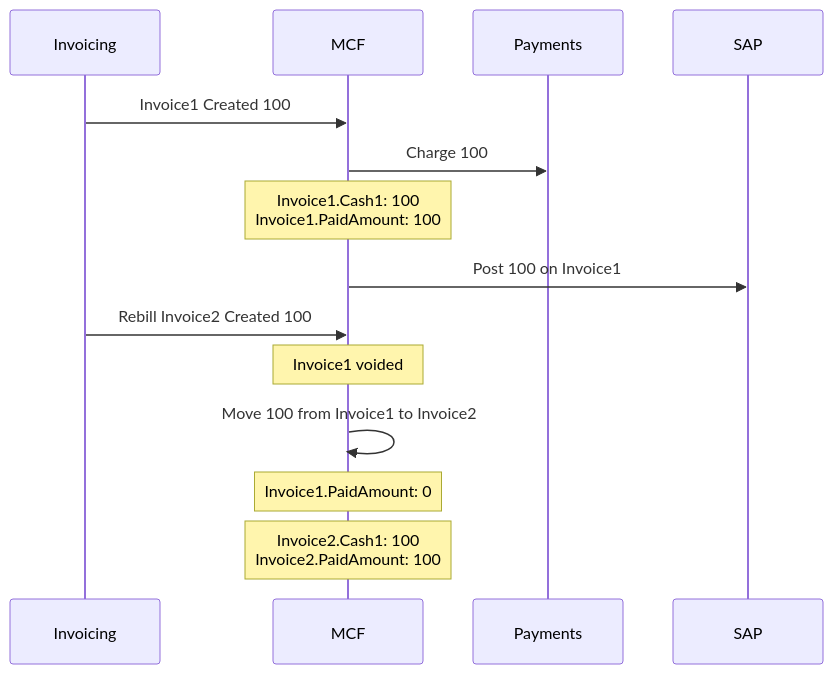
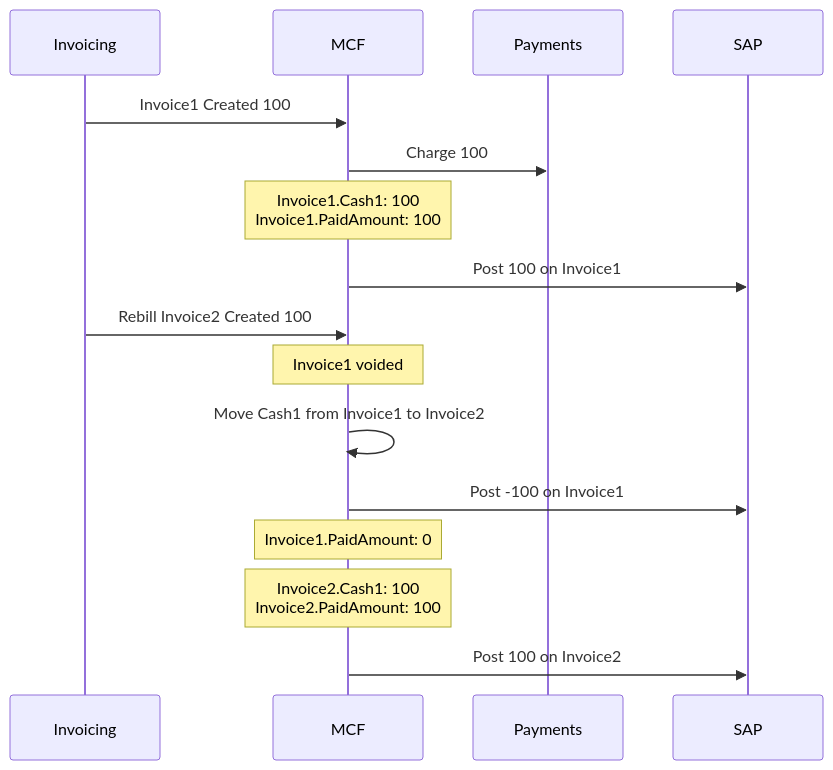
One commit to vikramsinha/test1 changed the fourth of 13 diagrams in MCF-SAP Scenarios.md. Above: the diagram before and after it, drawn with Mermaid. The commit also changed other lines of this file, not shown here.

Commit message:
Update MCF-SAP Scenarios.md

````diff
--- a/MCF-SAP Scenarios.md
+++ b/MCF-SAP Scenarios.md
@@ -54,17 +54,20 @@
 ```mermaid
 %%{init: {'theme': 'default'} }%%
 sequenceDiagram
     participant Invoicing
     participant MCF
     participant Payments
     participant SAP
     Invoicing->>MCF: Invoice1 Created 100
     MCF->>Payments: Charge 100
     Note over MCF: Invoice1.Cash1: 100<br/>Invoice1.PaidAmount: 100
     MCF->>SAP: Post 100 on Invoice1
     Invoicing->>MCF: Rebill Invoice2 Created 100
     Note over MCF: Invoice1 voided
-    MCF->>MCF: Move 100 from Invoice1 to Invoice2
+    MCF->>MCF: Move Cash1 from Invoice1 to Invoice2
+    MCF->>SAP: Post -100 on Invoice1
     Note over MCF: Invoice1.PaidAmount: 0
     Note over MCF: Invoice2.Cash1: 100<br/>Invoice2.PaidAmount: 100
+    MCF->>SAP: Post 100 on Invoice2
+
 ```
````
